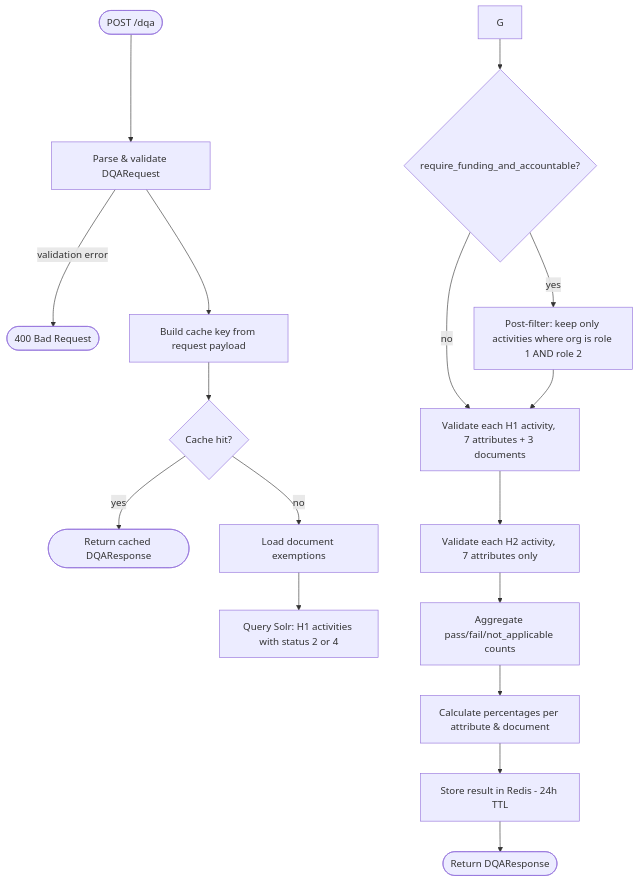
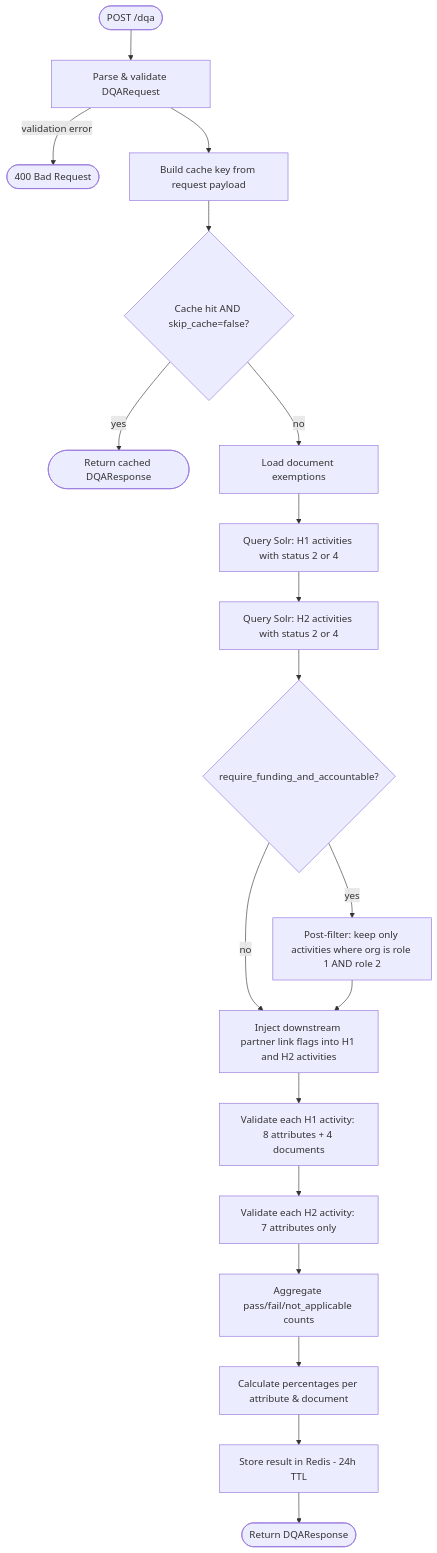
Before and after one commit to zimmerman-team/iati-cloud.dqa: the second of 6 diagrams in DIAGRAMS.md, drawn with Mermaid. The commit also changed other lines of this file and 3 other files, not shown here.

````diff
--- a/DIAGRAMS.md
+++ b/DIAGRAMS.md
@@ -57,19 +57,21 @@
 ```mermaid
 flowchart TD
     A([POST /dqa]) --> B[Parse & validate DQARequest]
     B -->|validation error| ERR1([400 Bad Request])
     B --> C[Build cache key from request payload]
-    C --> D{Cache hit?}
+    C --> D{Cache hit AND skip_cache=false?}
     D -->|yes| RESP([Return cached DQAResponse])
     D -->|no| E[Load document exemptions]
     E --> F[Query Solr: H1 activities with status 2 or 4]
+    F --> G[Query Solr: H2 activities with status 2 or 4]
     G --> H{require_funding_and_accountable?}
     H -->|yes| I[Post-filter: keep only activities where org is role 1 AND role 2]
     H -->|no| J
-    I --> J[Validate each H1 activity, 7 attributes + 3 documents]
-    J --> K[Validate each H2 activity, 7 attributes only]
-    K --> L[Aggregate pass/fail/not_applicable counts]
-    L --> M[Calculate percentages per attribute & document]
-    M --> N[Store result in Redis - 24h TTL]
-    N --> O([Return DQAResponse])
+    I --> J[Inject downstream partner link flags into H1 and H2 activities]
+    J --> K[Validate each H1 activity: 8 attributes + 4 documents]
+    K --> L[Validate each H2 activity: 7 attributes only]
+    L --> M[Aggregate pass/fail/not_applicable counts]
+    M --> N[Calculate percentages per attribute & document]
+    N --> P[Store result in Redis - 24h TTL]
+    P --> O([Return DQAResponse])
 ```
````
